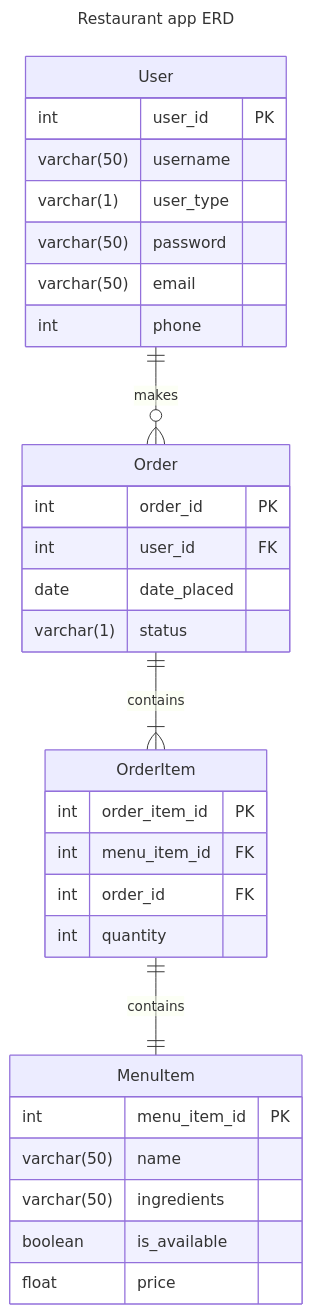
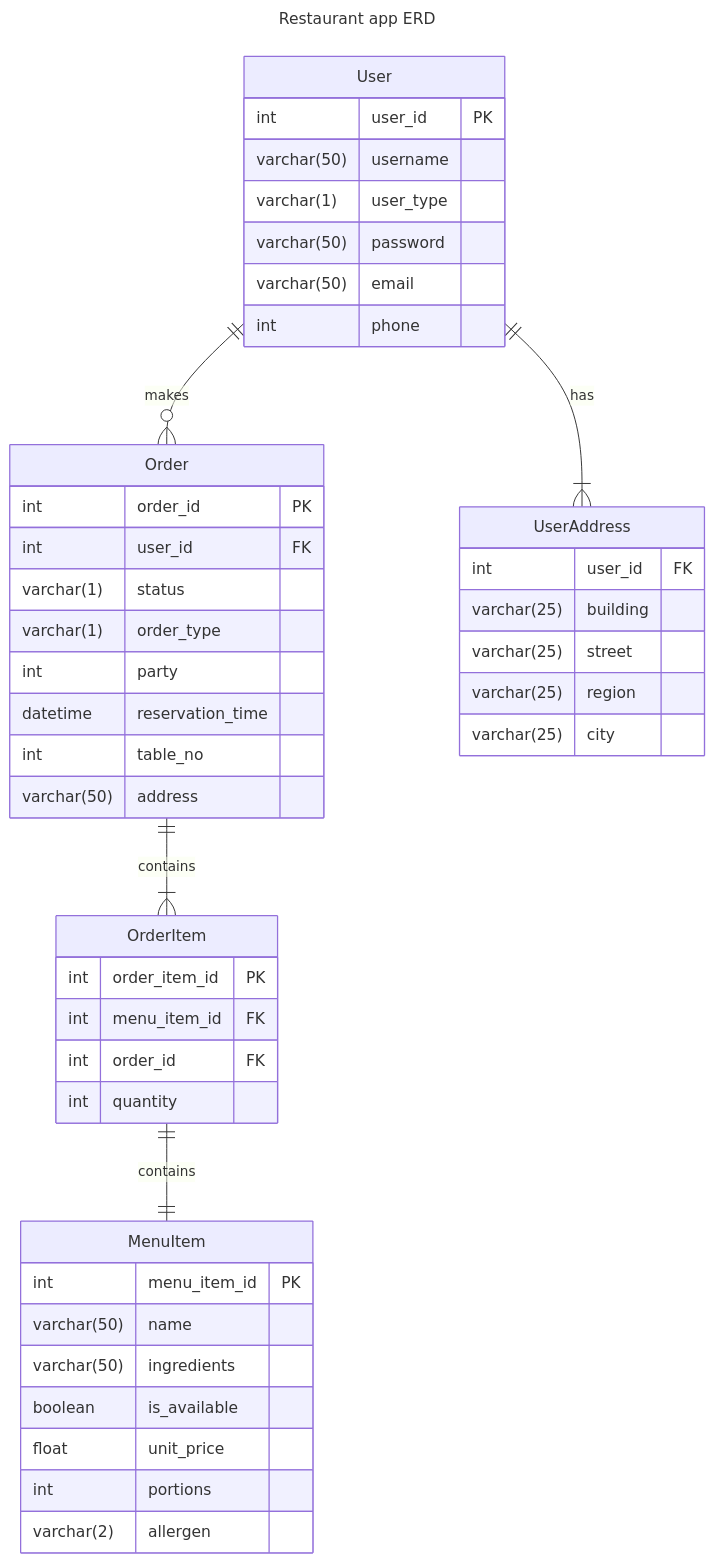
One commit to malekbadarin/Capstone-Project changed the diagram in README.md. Above: the diagram before and after it, drawn with Mermaid. The commit also changed other lines of this file, not shown here.

````````diff
--- a/README.md
+++ b/README.md
@@ -13,36 +13,50 @@
 ```mermaid
 ---
 title: Restaurant app ERD
 ---
 erDiagram
     User {
-       int user_id PK
-       varchar(50) username
-       varchar(1) user_type
-       varchar(50) password
-       varchar(50) email
-       int phone
+        int user_id PK
+        varchar(50) username
+        varchar(1) user_type
+        varchar(50) password
+        varchar(50) email
+        int phone
     }
     Order {
-       int order_id PK
-       int user_id FK
-       date date_placed
-       varchar(1) status
+        int order_id PK
+        int user_id FK
+        varchar(1) status
+        varchar(1) order_type
+        int party
+        datetime reservation_time
+        int table_no
+        varchar(50) address
     }
     MenuItem {
-       int menu_item_id PK
-       varchar(50) name
-       varchar(50) ingredients
-       boolean is_available
-       float price
+        int menu_item_id PK
+        varchar(50) name
+        varchar(50) ingredients
+        boolean is_available
+        float unit_price
+        int portions
+        varchar(2) allergen
     }
     OrderItem {
-       int order_item_id PK
-       int menu_item_id FK
-       int order_id FK
-       int quantity
+        int order_item_id PK
+        int menu_item_id FK
+        int order_id FK
+        int quantity
     }
+    UserAddress {
+        int user_id FK
+        varchar(25) building
+        varchar(25) street
+        varchar(25) region
+        varchar(25) city
+    }
+    User ||--|{ UserAddress : has
     User ||--o{ Order : makes
     Order ||--|{ OrderItem : contains
     OrderItem ||--|| MenuItem : contains
 ```````
````````
